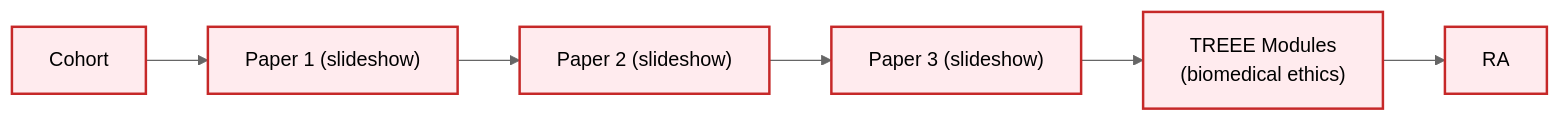
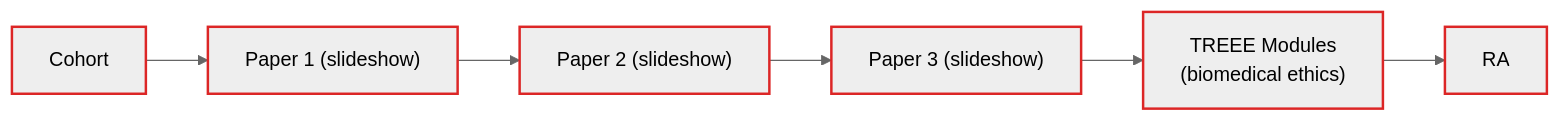
Before and after one commit to uzayer/masterdoc-fumadocs: the first of 5 diagrams in content/docs/projects/research-lab.mdx, drawn with Mermaid (neutral theme). The commit also changed other lines of this file and 3 other files, not shown here.

First line of the commit message:
feat(layout): timeline steps for history, adaptive mermaid theming

````diff
--- a/content/docs/projects/research-lab.mdx
+++ b/content/docs/projects/research-lab.mdx
@@ -54,15 +54,15 @@
 ```mermaid
 flowchart LR
     L_In[Cohort] --> L1["Paper 1 (slideshow)"]
     L1 --> L2["Paper 2 (slideshow)"]
     L2 --> L3["Paper 3 (slideshow)"]
     L3 --> L4["TREEE Modules<br>(biomedical ethics)"]
     L4 --> L_Out[RA]
 
-    style L_In fill:#ffebee,stroke:#c62828,stroke-width:2px
-    style L1 fill:#ffebee,stroke:#c62828,stroke-width:2px
-    style L2 fill:#ffebee,stroke:#c62828,stroke-width:2px
-    style L3 fill:#ffebee,stroke:#c62828,stroke-width:2px
-    style L4 fill:#ffebee,stroke:#c62828,stroke-width:2px
-    style L_Out fill:#ffebee,stroke:#c62828,stroke-width:2px
+    style L_In stroke:#dc2626,stroke-width:2px
+    style L1 stroke:#dc2626,stroke-width:2px
+    style L2 stroke:#dc2626,stroke-width:2px
+    style L3 stroke:#dc2626,stroke-width:2px
+    style L4 stroke:#dc2626,stroke-width:2px
+    style L_Out stroke:#dc2626,stroke-width:2px
 ```
````
